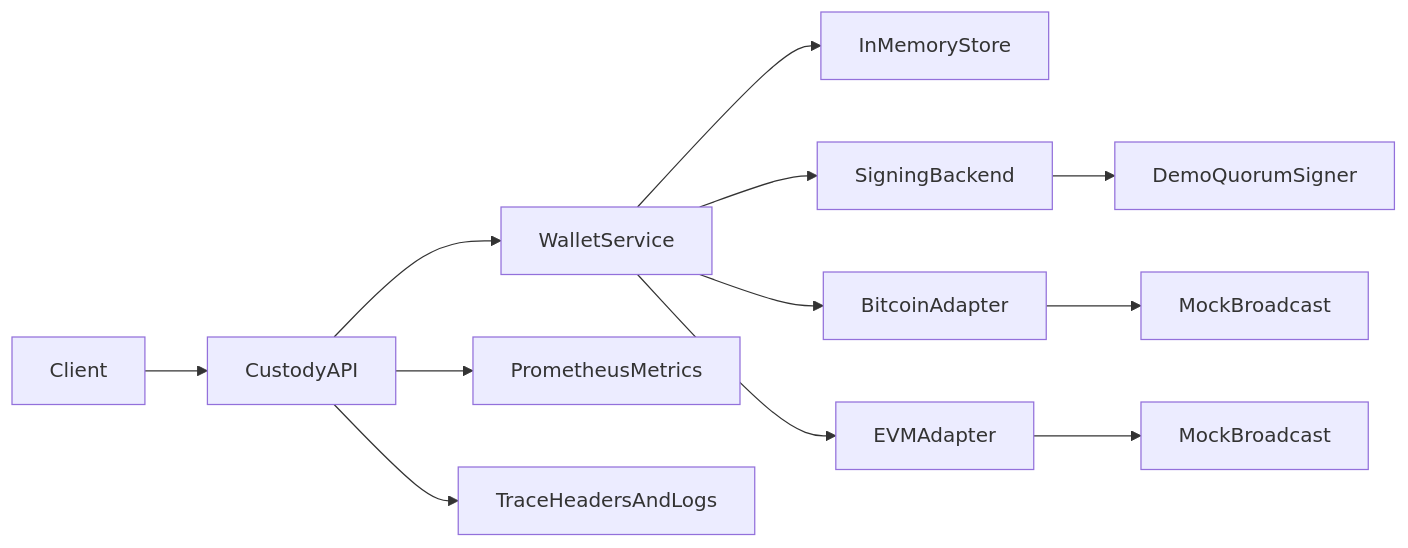
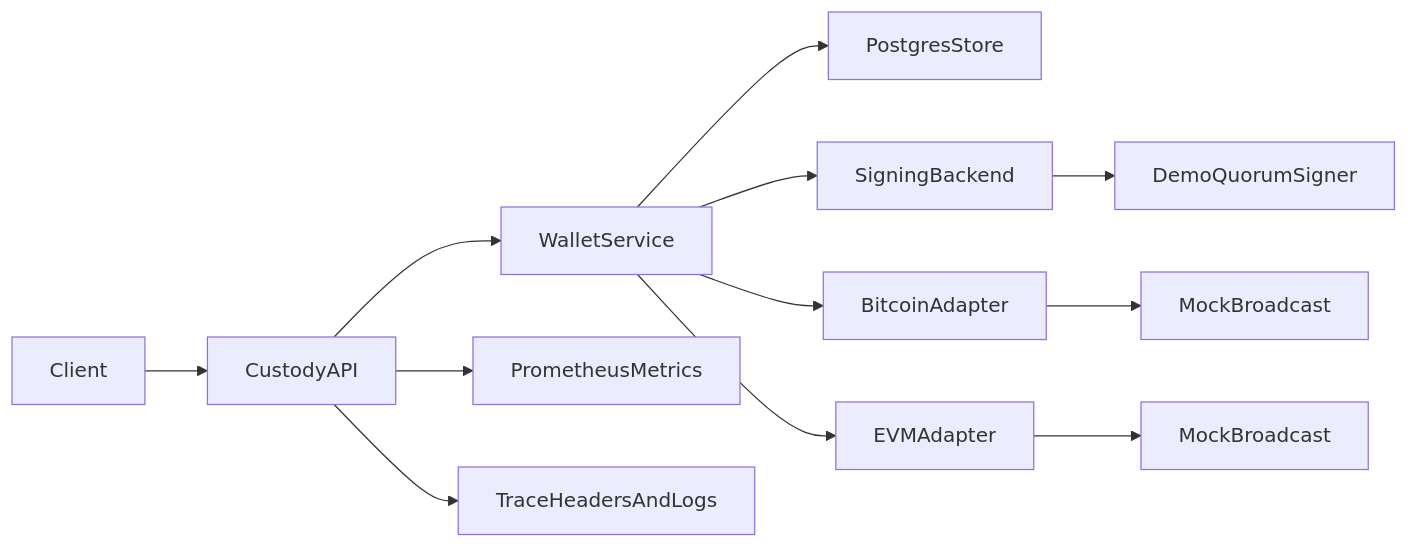
The diagram in README.md (rvmz/mpc-custody), drawn with Mermaid before and after one commit. The commit also changed other lines of this file and 11 other files, not shown here.

````diff
--- a/README.md
+++ b/README.md
@@ -9,14 +9,14 @@
 ```mermaid
 flowchart LR
     client[Client] --> api[CustodyAPI]
     api --> walletService[WalletService]
-    walletService --> store[InMemoryStore]
+    walletService --> store[PostgresStore]
     walletService --> signer[SigningBackend]
     walletService --> btc[BitcoinAdapter]
     walletService --> evm[EVMAdapter]
     signer --> quorum[DemoQuorumSigner]
     btc --> btcMock[MockBroadcast]
     evm --> evmMock[MockBroadcast]
     api --> metrics[PrometheusMetrics]
     api --> tracing[TraceHeadersAndLogs]
 ```
````
